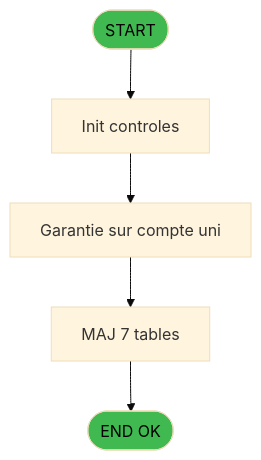
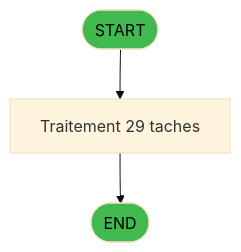
Before and after one commit to thonyAGP/magic-migration: the second of 4 diagrams in .openspec/specs/ADH-IDE-112.md, drawn with Mermaid (base theme). The commit also changed other lines of this file and 311 other files, not shown here.

````diff
--- a/.openspec/specs/ADH-IDE-112.md
+++ b/.openspec/specs/ADH-IDE-112.md
@@ -1679,14 +1679,9 @@
 ```mermaid
 flowchart TD
     START([START])
-    INIT[Init controles]
-    SAISIE[Garantie sur compte uni]
-    UPDATE[MAJ 7 tables]
-    ENDOK([END OK])
-
-    START --> INIT --> SAISIE
-    SAISIE --> UPDATE --> ENDOK
-
+    PROCESS[Traitement 29 taches]
+    ENDOK([END])
+    START --> PROCESS --> ENDOK
     style START fill:#3fb950,color:#000
     style ENDOK fill:#3fb950,color:#000
 ```
````
